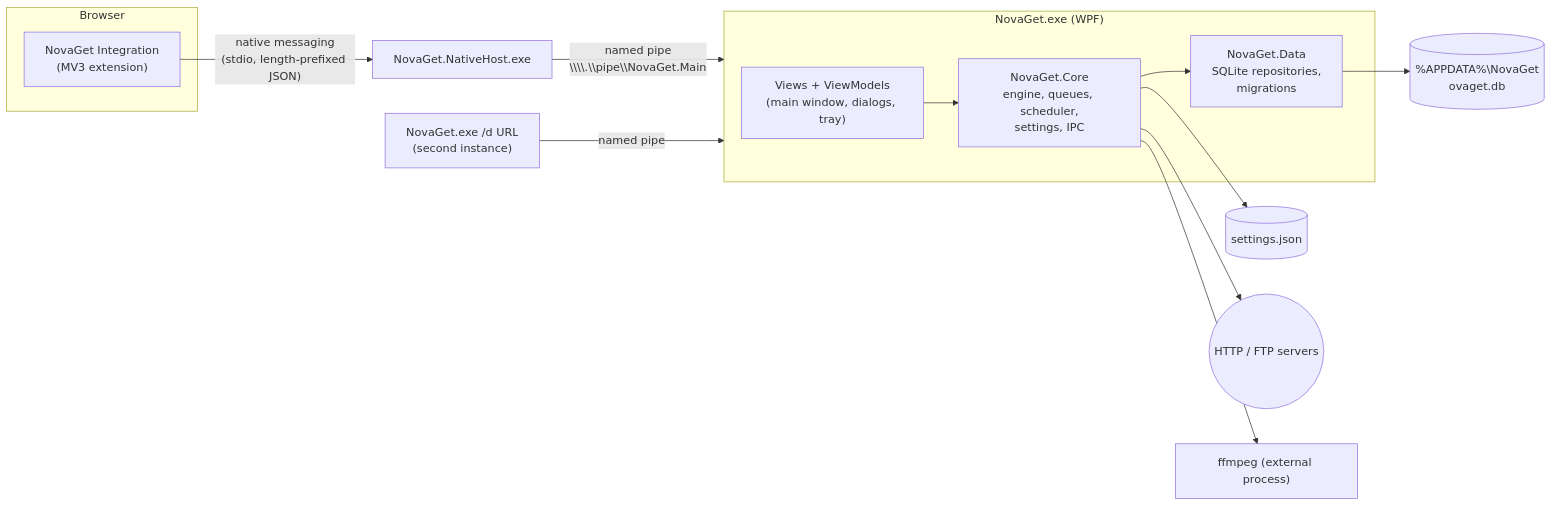
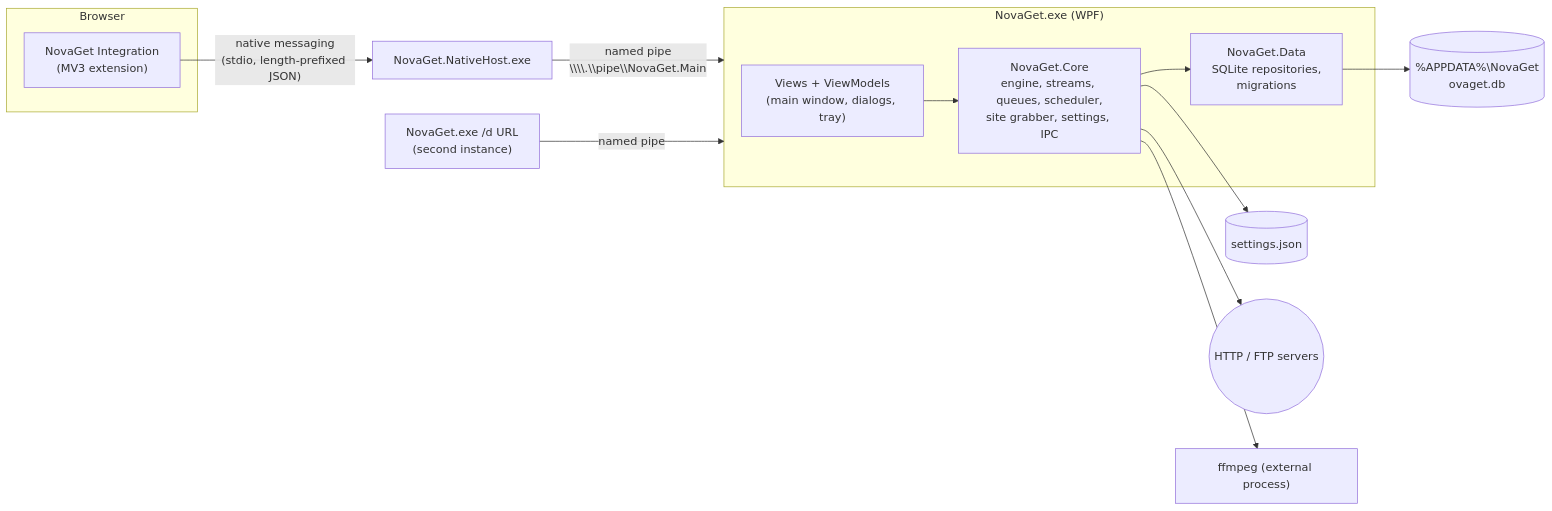
Before and after one commit to Zsl8/NovaGet: the diagram in README.md, drawn with Mermaid. The commit also changed other lines of this file and 50 other files, not shown here.

````diff
--- a/README.md
+++ b/README.md
@@ -45,22 +45,22 @@
 ```mermaid
 flowchart LR
     subgraph Browser
         EXT["NovaGet Integration<br/>(MV3 extension)"]
     end
     EXT -- "native messaging<br/>(stdio, length-prefixed JSON)" --> HOST["NovaGet.NativeHost.exe"]
     HOST -- "named pipe<br/>\\\\.\\pipe\\NovaGet.Main" --> APP
     CLI["NovaGet.exe /d URL<br/>(second instance)"] -- "named pipe" --> APP
 
     subgraph APP["NovaGet.exe (WPF)"]
         UI["Views + ViewModels<br/>(main window, dialogs, tray)"]
-        CORE["NovaGet.Core<br/>engine, queues, scheduler,<br/>settings, IPC"]
+        CORE["NovaGet.Core<br/>engine, streams, queues, scheduler,<br/>site grabber, settings, IPC"]
         DATA["NovaGet.Data<br/>SQLite repositories,<br/>migrations"]
         UI --> CORE
         CORE --> DATA
     end
 
     DATA --> DB[("%APPDATA%\NovaGet\novaget.db")]
     CORE --> SET[("settings.json")]
     CORE --> NET(("HTTP / FTP servers"))
     CORE --> FF["ffmpeg (external process)"]
 ```
````
